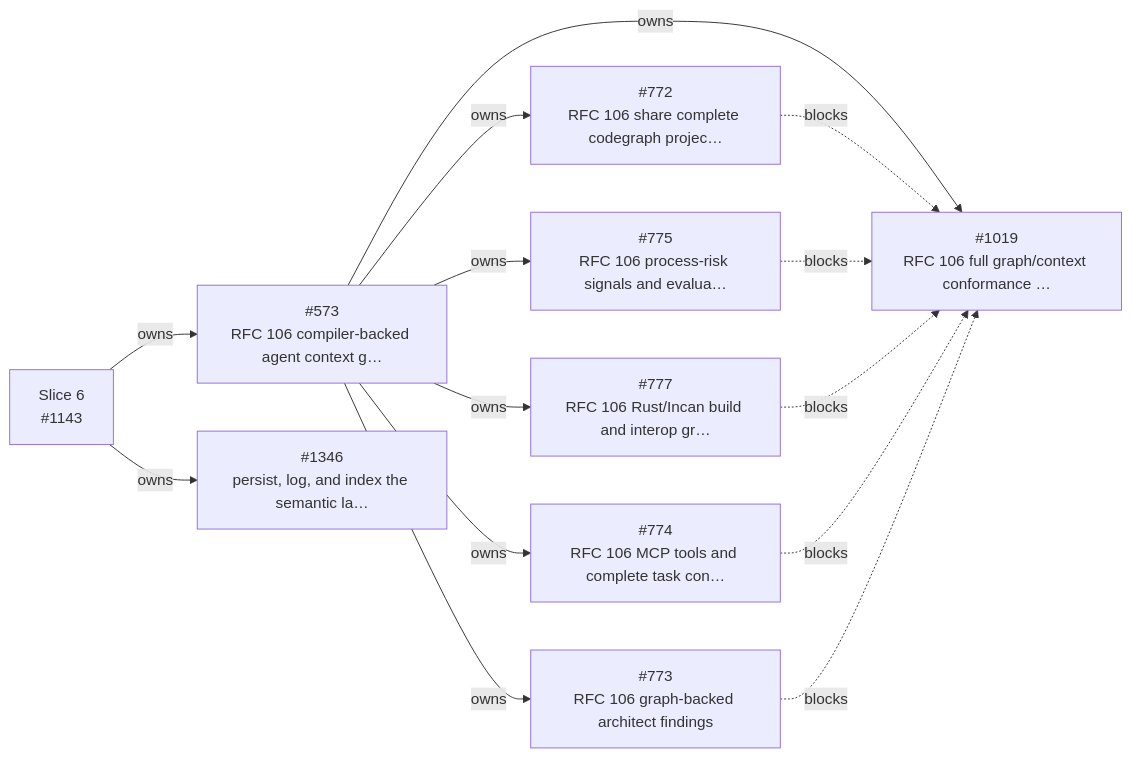
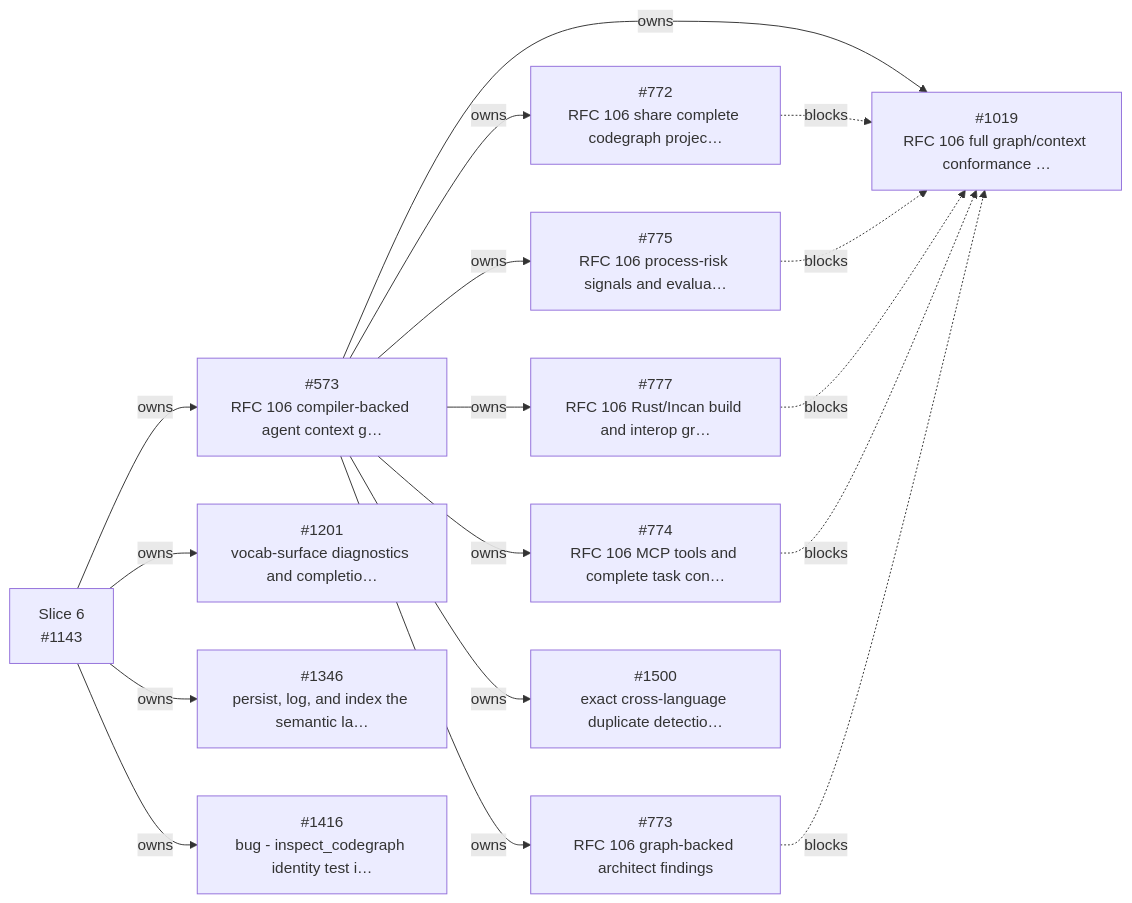
Before and after one commit to encero-systems/incan: the sixth of 10 diagrams in workspaces/docs-site/docs/_snippets/project/v0_6_roadmap.md, drawn with Mermaid. The commit also changed other lines of this file and 2 other files, not shown here.

First line of the commit message:
chore - render v0.6 Slice 10 on the roadmap and refresh the snapshot

````diff
--- a/workspaces/docs-site/docs/_snippets/project/v0_6_roadmap.md
+++ b/workspaces/docs-site/docs/_snippets/project/v0_6_roadmap.md
@@ -447,34 +461,43 @@
 ```mermaid
 flowchart LR
   i573["#573<br/>RFC 106 compiler-backed agent context g…"]
   i772["#772<br/>RFC 106 share complete codegraph projec…"]
   i773["#773<br/>RFC 106 graph-backed architect findings"]
   i774["#774<br/>RFC 106 MCP tools and complete task con…"]
   i775["#775<br/>RFC 106 process-risk signals and evalua…"]
   i777["#777<br/>RFC 106 Rust/Incan build and interop gr…"]
   i1019["#1019<br/>RFC 106 full graph/context conformance …"]
   s1143["Slice 6<br/>#1143"]
+  i1201["#1201<br/>vocab-surface diagnostics and completio…"]
   i1346["#1346<br/>persist, log, and index the semantic la…"]
+  i1416["#1416<br/>bug - inspect_codegraph identity test i…"]
+  i1500["#1500<br/>exact cross-language duplicate detectio…"]
   s1143 -- owns --> i573
   i573 -- owns --> i772
   i573 -- owns --> i773
   i573 -- owns --> i774
   i573 -- owns --> i775
   i573 -- owns --> i777
   i573 -- owns --> i1019
+  s1143 -- owns --> i1201
   s1143 -- owns --> i1346
+  s1143 -- owns --> i1416
+  i573 -- owns --> i1500
   i772 -. blocks .-> i1019
   i775 -. blocks .-> i1019
   i777 -. blocks .-> i1019
   i774 -. blocks .-> i1019
   i773 -. blocks .-> i1019
   click i573 href "https://github.com/encero-systems/incan/issues/573" "Open #573 on GitHub"
   click i772 href "https://github.com/encero-systems/incan/issues/772" "Open #772 on GitHub"
   click i773 href "https://github.com/encero-systems/incan/issues/773" "Open #773 on GitHub"
   click i774 href "https://github.com/encero-systems/incan/issues/774" "Open #774 on GitHub"
   click i775 href "https://github.com/encero-systems/incan/issues/775" "Open #775 on GitHub"
   click i777 href "https://github.com/encero-systems/incan/issues/777" "Open #777 on GitHub"
   click i1019 href "https://github.com/encero-systems/incan/issues/1019" "Open #1019 on GitHub"
   click s1143 href "https://github.com/encero-systems/incan/issues/1143" "Open #1143 on GitHub"
+  click i1201 href "https://github.com/encero-systems/incan/issues/1201" "Open #1201 on GitHub"
   click i1346 href "https://github.com/encero-systems/incan/issues/1346" "Open #1346 on GitHub"
+  click i1416 href "https://github.com/encero-systems/incan/issues/1416" "Open #1416 on GitHub"
+  click i1500 href "https://github.com/encero-systems/incan/issues/1500" "Open #1500 on GitHub"
 ```
````
